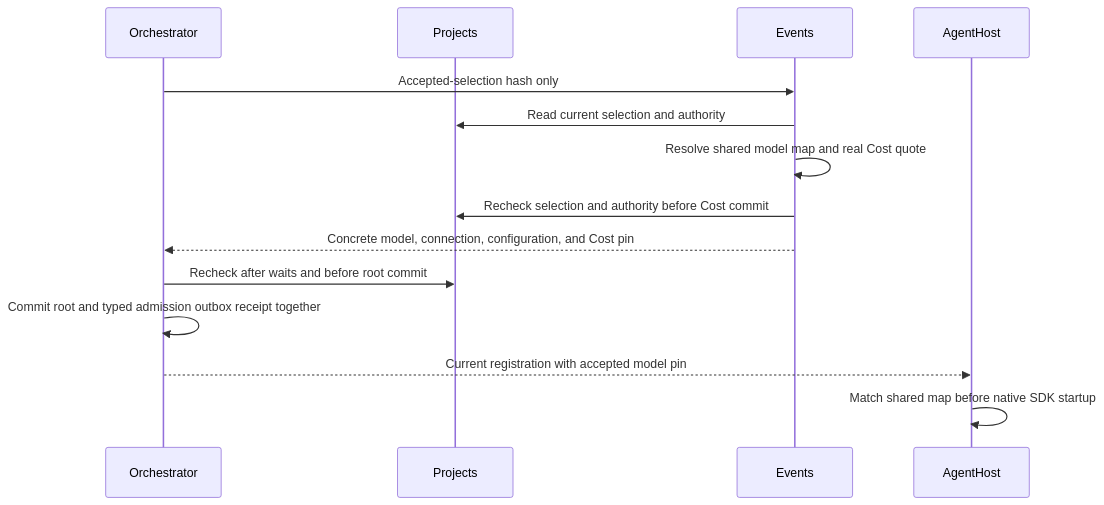
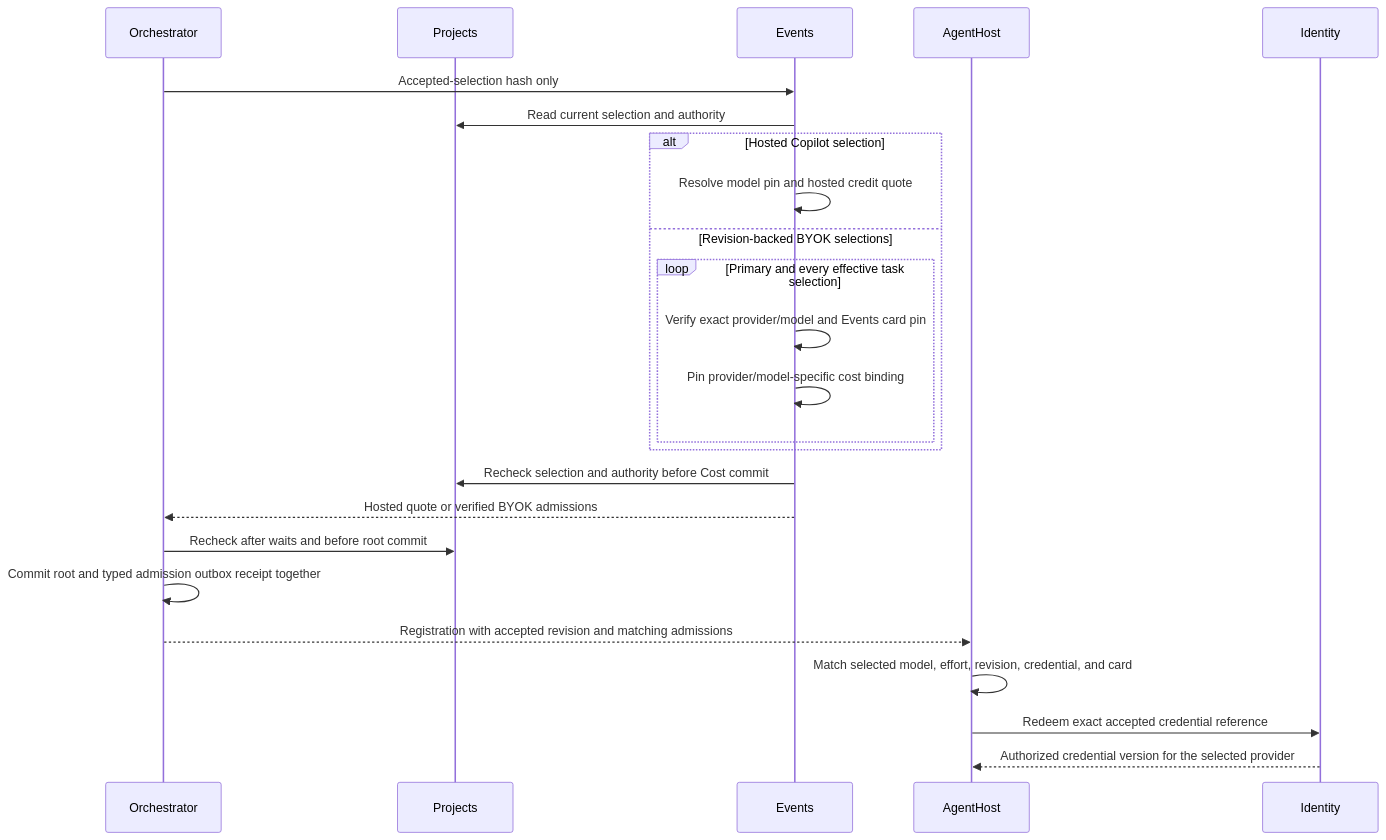
Before and after one commit to sabbour/agentweaver: the fifth of 7 diagrams in docs/architecture/agenthost.md, drawn with Mermaid. The commit also changed other lines of this file and 88 other files, not shown here.

````diff
--- a/docs/architecture/agenthost.md
+++ b/docs/architecture/agenthost.md
@@ -391,16 +393,26 @@
 ```mermaid
 sequenceDiagram
     participant Core as Orchestrator
     participant Projects
     participant Events
     participant Host as AgentHost
+    participant Identity
     Core->>Events: Accepted-selection hash only
     Events->>Projects: Read current selection and authority
-    Events->>Events: Resolve shared model map and real Cost quote
+    alt Hosted Copilot selection
+        Events->>Events: Resolve model pin and hosted credit quote
+    else Revision-backed BYOK selections
+        loop Primary and every effective task selection
+            Events->>Events: Verify exact provider/model and Events card pin
+            Events->>Events: Pin provider/model-specific cost binding
+        end
+    end
     Events->>Projects: Recheck selection and authority before Cost commit
-    Events-->>Core: Concrete model, connection, configuration, and Cost pin
+    Events-->>Core: Hosted quote or verified BYOK admissions
     Core->>Projects: Recheck after waits and before root commit
     Core->>Core: Commit root and typed admission outbox receipt together
-    Core-->>Host: Current registration with accepted model pin
-    Host->>Host: Match shared map before native SDK startup
+    Core-->>Host: Registration with accepted revision and matching admissions
+    Host->>Host: Match selected model, effort, revision, credential, and card
+    Host->>Identity: Redeem exact accepted credential reference
+    Identity-->>Host: Authorized credential version for the selected provider
 ```
````
